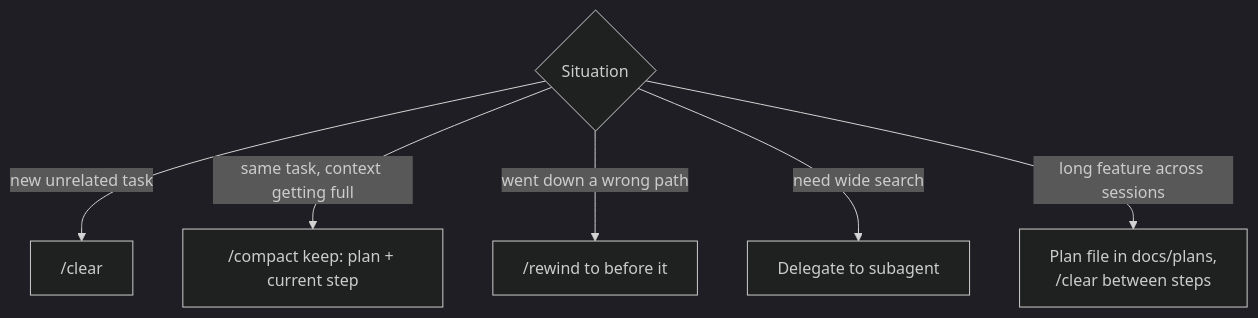
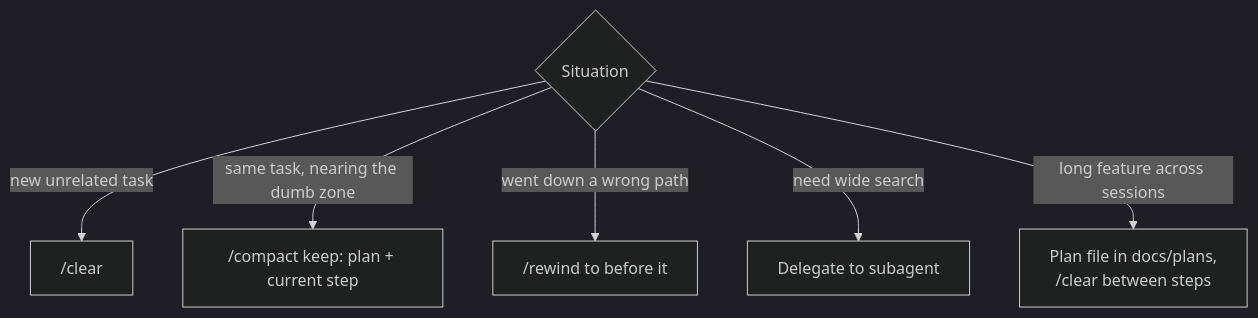
The second of 2 diagrams in practices/context-and-cost.md (tomschinelli/ai-engineering-guide), drawn with Mermaid (dark theme) before and after one commit. The commit also changed other lines of this file and 3 other files, not shown here.

First line of the commit message:
Add smart zone vs. dumb zone to context & cost practice

````diff
--- a/practices/context-and-cost.md
+++ b/practices/context-and-cost.md
@@ -28,8 +95,8 @@
 ```mermaid
 flowchart TD
     S{Situation} -->|new unrelated task| CL["/clear"]
-    S -->|same task, context getting full| CP["/compact keep: plan + current step"]
+    S -->|same task, nearing the dumb zone| CP["/compact keep: plan + current step"]
     S -->|went down a wrong path| RW["/rewind to before it"]
     S -->|need wide search| SA[Delegate to subagent]
     S -->|long feature across sessions| PF[Plan file in docs/plans,<br/>/clear between steps]
 ```
````
